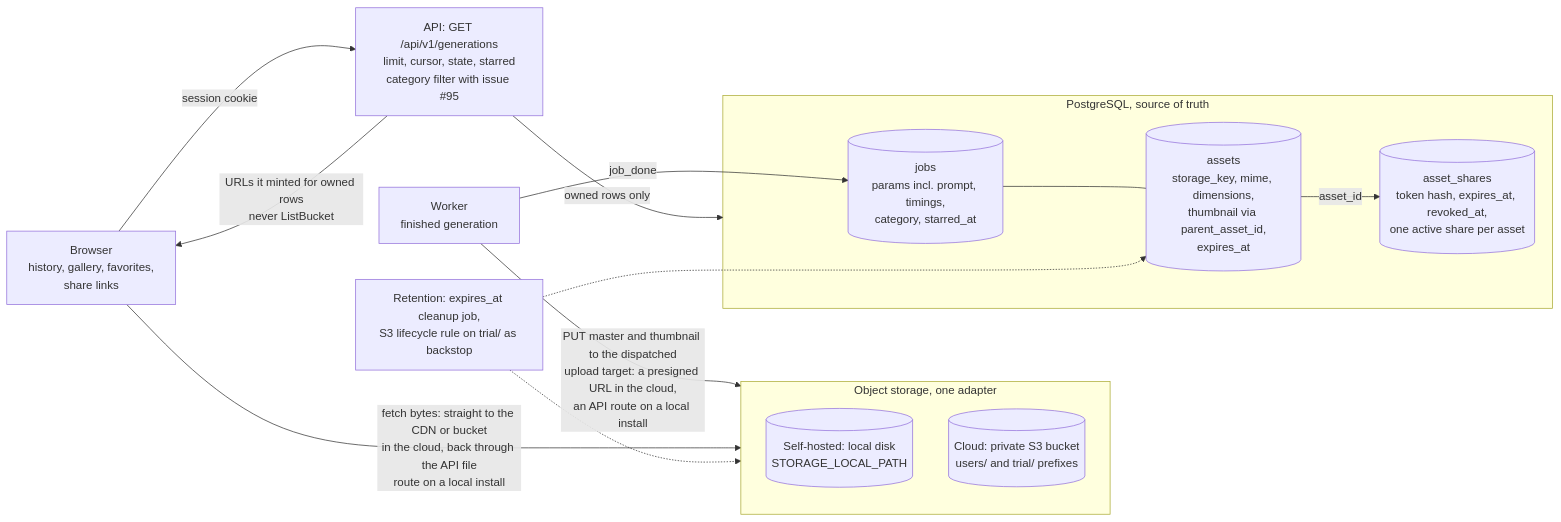
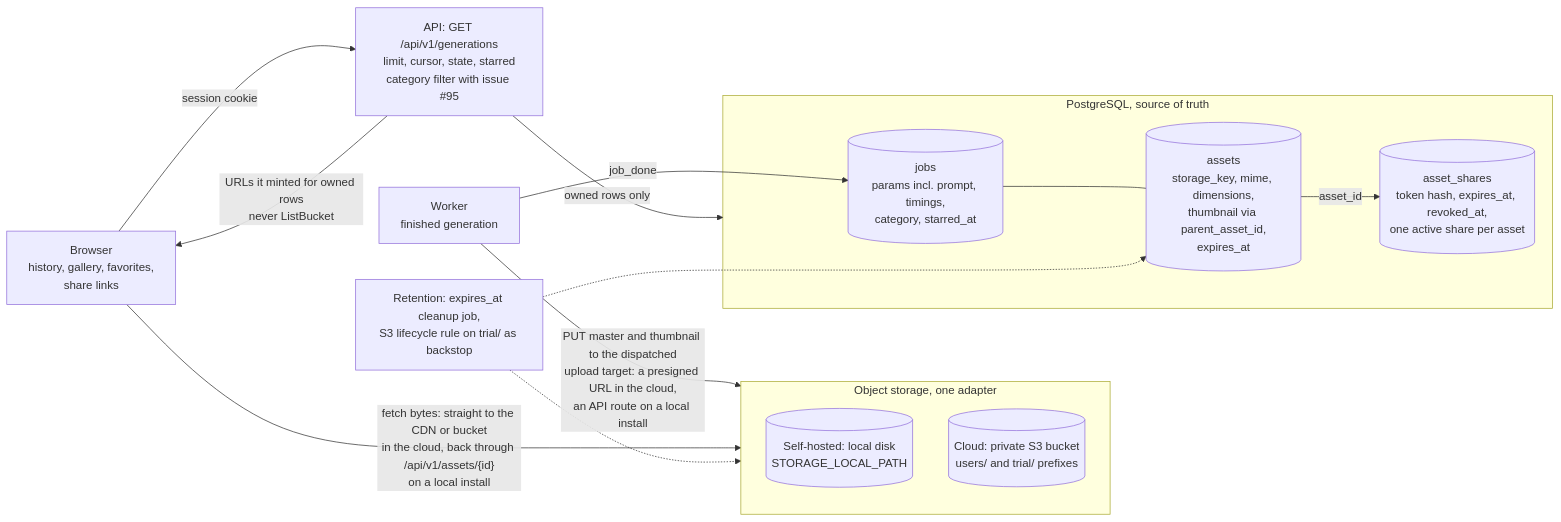
Diagram 15 of 16 in docs/architecture.md (Portocolom-Studio/potocolom), drawn with Mermaid before and after one commit. The commit also changed other lines of this file and 15 other files, not shown here.

````diff
--- a/docs/architecture.md
+++ b/docs/architecture.md
@@ -616,26 +620,26 @@
 ```mermaid
 flowchart LR
     W["Worker<br>finished generation"]
     subgraph STORE["Object storage, one adapter"]
         LD[("Self-hosted: local disk<br>STORAGE_LOCAL_PATH")]
         S3[("Cloud: private S3 bucket<br>users/ and trial/ prefixes")]
     end
     subgraph PG["PostgreSQL, source of truth"]
         J[("jobs<br>params incl. prompt, timings,<br>category, starred_at")]
         AS[("assets<br>storage_key, mime, dimensions,<br>thumbnail via parent_asset_id,<br>expires_at")]
         SH[("asset_shares<br>token hash, expires_at, revoked_at,<br>one active share per asset")]
         AS -->|"asset_id"| SH
     end
     B["Browser<br>history, gallery, favorites,<br>share links"]
     API["API: GET /api/v1/generations<br>limit, cursor, state, starred<br>category filter with issue #95"]
     CLEAN["Retention: expires_at cleanup job,<br>S3 lifecycle rule on trial/ as backstop"]
     W -->|"PUT master and thumbnail to the dispatched<br>upload target: a presigned URL in the cloud,<br>an API route on a local install"| STORE
     W -->|"job_done"| J
     J --- AS
     B -->|"session cookie"| API
     API -->|"owned rows only"| PG
     API -->|"URLs it minted for owned rows<br>never ListBucket"| B
-    B -->|"fetch bytes: straight to the CDN or bucket<br>in the cloud, back through the API file<br>route on a local install"| STORE
+    B -->|"fetch bytes: straight to the CDN or bucket<br>in the cloud, back through /api/v1/assets/{id}<br>on a local install"| STORE
     CLEAN -.-> AS
     CLEAN -.-> STORE
 ```
````
